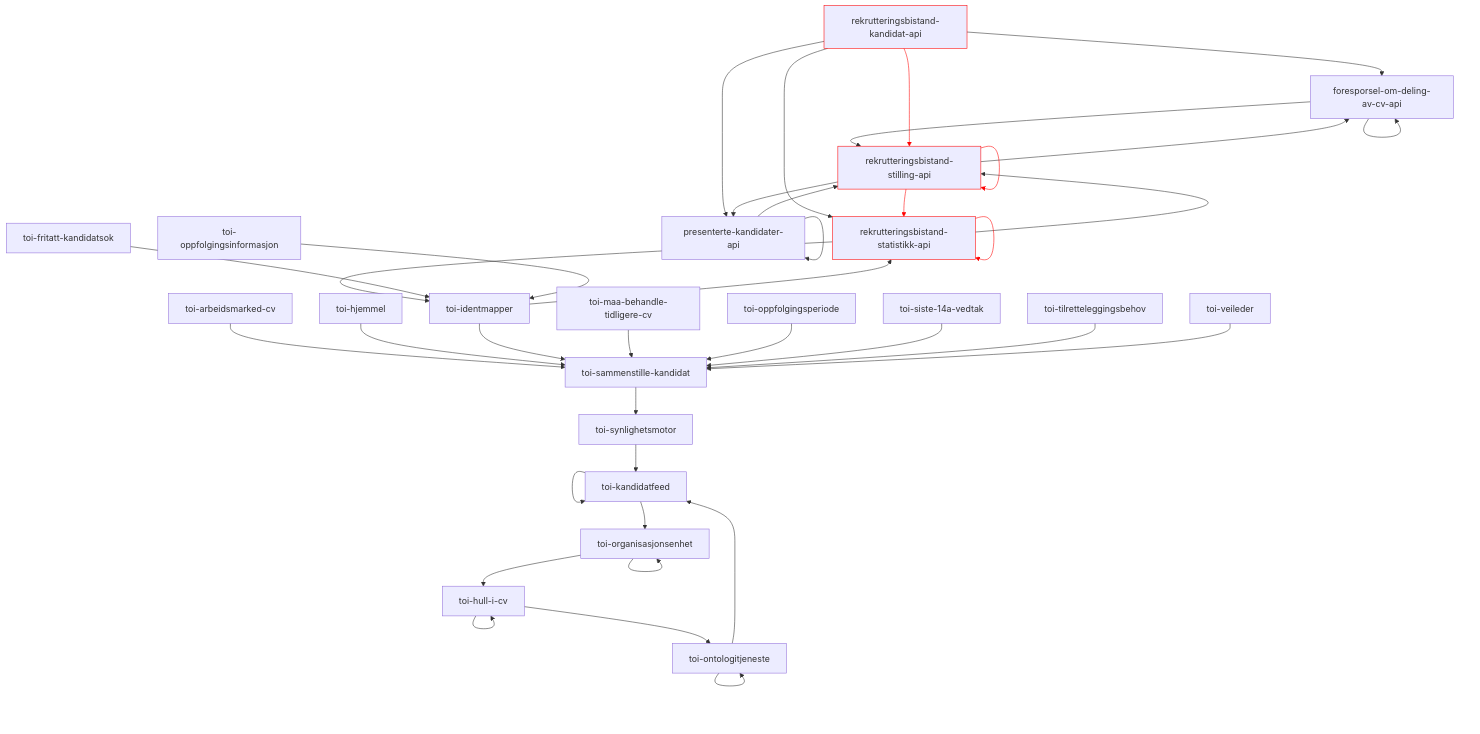
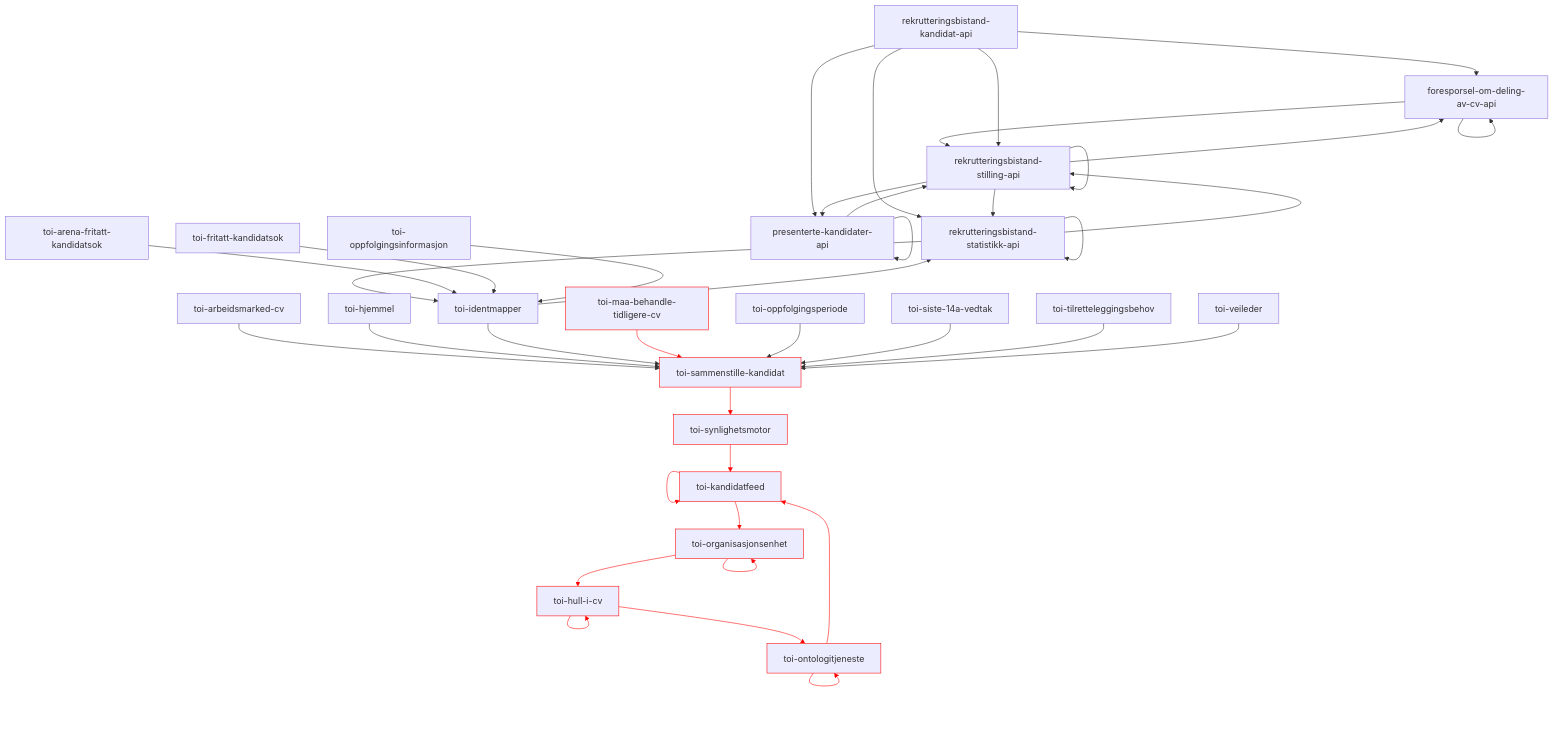
One commit to navikt/toi-rapids-and-rivers-grapher changed diagram 16 of 24 in README.md. Above: the diagram before and after it, drawn with Mermaid. The commit also changed other lines of this file, not shown here.

````diff
--- a/README.md
+++ b/README.md
@@ -686,42 +705,43 @@
 ```mermaid
 graph TD;
 foresporsel-om-deling-av-cv-api --> foresporsel-om-deling-av-cv-api;
 foresporsel-om-deling-av-cv-api --> rekrutteringsbistand-stilling-api;
 presenterte-kandidater-api --> presenterte-kandidater-api;
 presenterte-kandidater-api --> rekrutteringsbistand-stilling-api;
 rekrutteringsbistand-kandidat-api --> foresporsel-om-deling-av-cv-api;
 rekrutteringsbistand-kandidat-api --> presenterte-kandidater-api;
 rekrutteringsbistand-kandidat-api --> rekrutteringsbistand-statistikk-api;
-rekrutteringsbistand-kandidat-api:::x --> rekrutteringsbistand-stilling-api:::x;
-rekrutteringsbistand-statistikk-api:::x --> rekrutteringsbistand-statistikk-api:::x;
+rekrutteringsbistand-kandidat-api --> rekrutteringsbistand-stilling-api;
+rekrutteringsbistand-statistikk-api --> rekrutteringsbistand-statistikk-api;
 rekrutteringsbistand-statistikk-api --> rekrutteringsbistand-stilling-api;
 rekrutteringsbistand-statistikk-api --> toi-identmapper;
 rekrutteringsbistand-stilling-api --> foresporsel-om-deling-av-cv-api;
 rekrutteringsbistand-stilling-api --> presenterte-kandidater-api;
-rekrutteringsbistand-stilling-api:::x --> rekrutteringsbistand-statistikk-api:::x;
-rekrutteringsbistand-stilling-api:::x --> rekrutteringsbistand-stilling-api:::x;
+rekrutteringsbistand-stilling-api --> rekrutteringsbistand-statistikk-api;
+rekrutteringsbistand-stilling-api --> rekrutteringsbistand-stilling-api;
 toi-arbeidsmarked-cv --> toi-sammenstille-kandidat;
+toi-arena-fritatt-kandidatsok --> toi-identmapper;
 toi-fritatt-kandidatsok --> toi-identmapper;
 toi-hjemmel --> toi-sammenstille-kandidat;
-toi-hull-i-cv --> toi-hull-i-cv;
-toi-hull-i-cv --> toi-ontologitjeneste;
+toi-hull-i-cv:::x --> toi-hull-i-cv:::x;
+toi-hull-i-cv:::x --> toi-ontologitjeneste:::x;
 toi-identmapper --> rekrutteringsbistand-statistikk-api;
 toi-identmapper --> toi-sammenstille-kandidat;
-toi-kandidatfeed --> toi-kandidatfeed;
-toi-kandidatfeed --> toi-organisasjonsenhet;
-toi-maa-behandle-tidligere-cv --> toi-sammenstille-kandidat;
-toi-ontologitjeneste --> toi-kandidatfeed;
-toi-ontologitjeneste --> toi-ontologitjeneste;
+toi-kandidatfeed:::x --> toi-kandidatfeed:::x;
+toi-kandidatfeed:::x --> toi-organisasjonsenhet:::x;
+toi-maa-behandle-tidligere-cv:::x --> toi-sammenstille-kandidat:::x;
+toi-ontologitjeneste:::x --> toi-kandidatfeed:::x;
+toi-ontologitjeneste:::x --> toi-ontologitjeneste:::x;
 toi-oppfolgingsinformasjon --> toi-identmapper;
 toi-oppfolgingsperiode --> toi-sammenstille-kandidat;
-toi-organisasjonsenhet --> toi-hull-i-cv;
-toi-organisasjonsenhet --> toi-organisasjonsenhet;
-toi-sammenstille-kandidat --> toi-synlighetsmotor;
+toi-organisasjonsenhet:::x --> toi-hull-i-cv:::x;
+toi-organisasjonsenhet:::x --> toi-organisasjonsenhet:::x;
+toi-sammenstille-kandidat:::x --> toi-synlighetsmotor:::x;
 toi-siste-14a-vedtak --> toi-sammenstille-kandidat;
-toi-synlighetsmotor --> toi-kandidatfeed;
+toi-synlighetsmotor:::x --> toi-kandidatfeed:::x;
 toi-tilretteleggingsbehov --> toi-sammenstille-kandidat;
 toi-veileder --> toi-sammenstille-kandidat;
 
-linkStyle 7,8,13,14 stroke:red;
+linkStyle 19,20,23,24,25,26,27,30,31,32,34 stroke:red;
 classDef x stroke: red;
 ```
````
